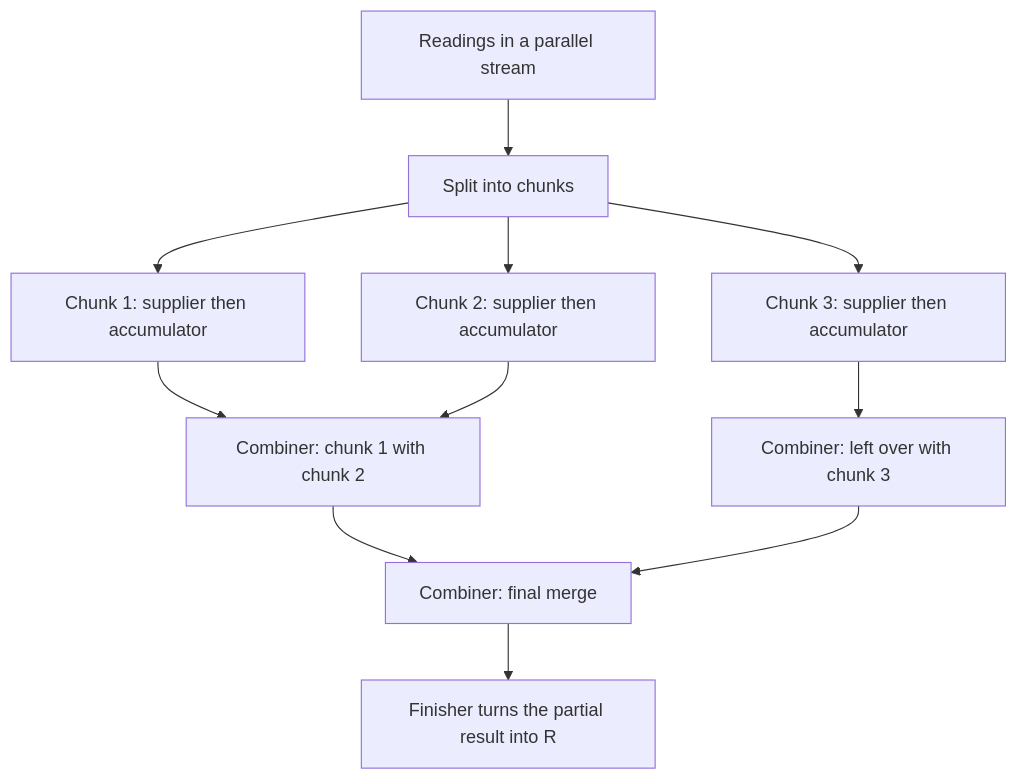
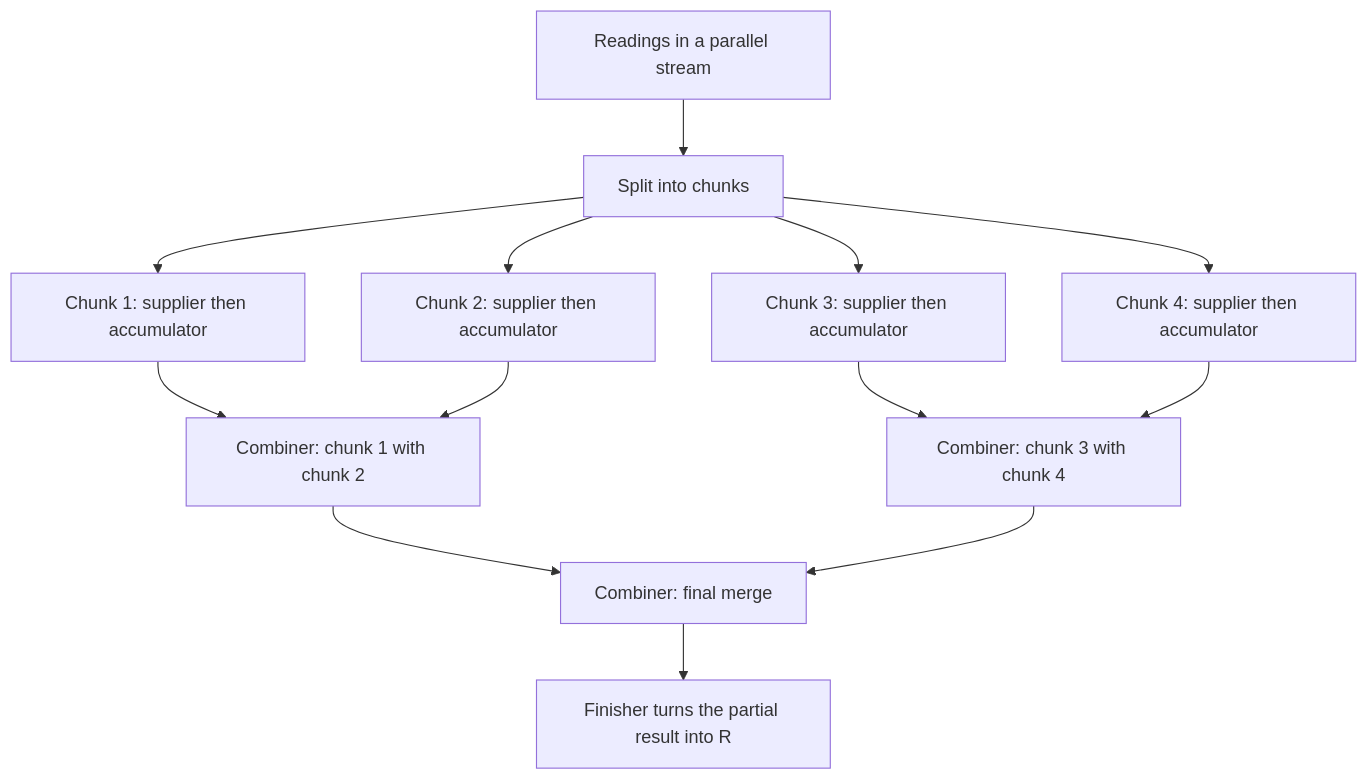
The first of 2 diagrams in tasks/28-custom-collectors.md (Chris013/java-practice), drawn with Mermaid before and after one commit. The commit also changed other lines of this file and 3 other files, not shown here.

````diff
--- a/tasks/28-custom-collectors.md
+++ b/tasks/28-custom-collectors.md
@@ -33,13 +33,15 @@
 ```mermaid
 flowchart TD
     Source[Readings in a parallel stream] --> Split[Split into chunks]
     Split --> C1[Chunk 1: supplier then accumulator]
     Split --> C2[Chunk 2: supplier then accumulator]
     Split --> C3[Chunk 3: supplier then accumulator]
+    Split --> C4[Chunk 4: supplier then accumulator]
     C1 --> M1[Combiner: chunk 1 with chunk 2]
     C2 --> M1
-    C3 --> M2[Combiner: left over with chunk 3]
+    C3 --> M2[Combiner: chunk 3 with chunk 4]
+    C4 --> M2
     M1 --> M3[Combiner: final merge]
     M2 --> M3
     M3 --> F[Finisher turns the partial result into R]
 ```
````
